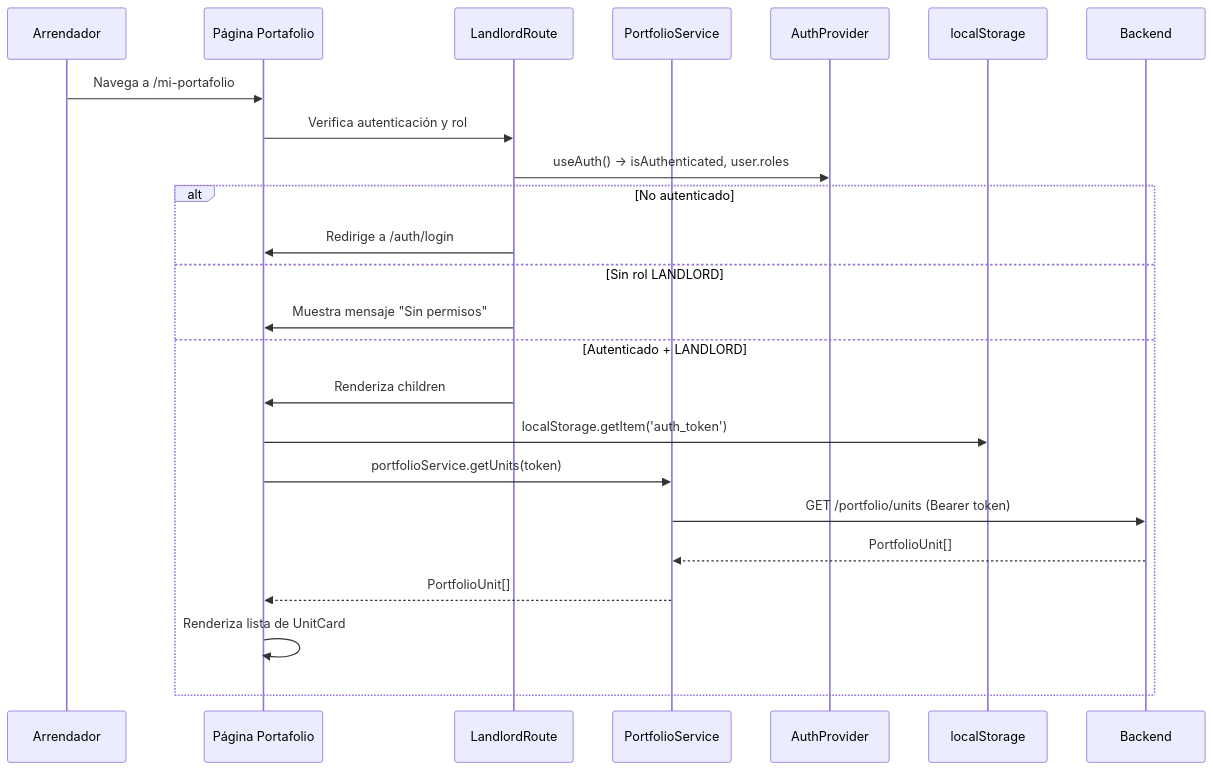
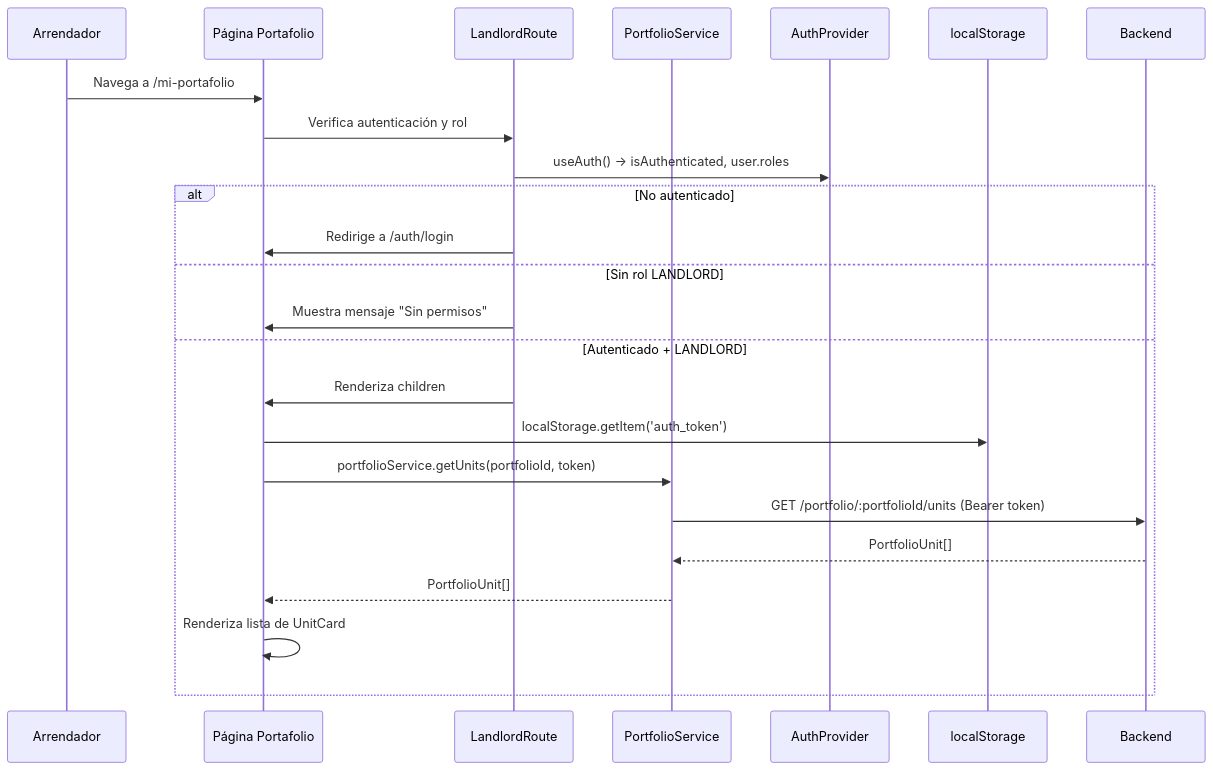
One commit to JAVegaG/PuenteHogar changed the second of 4 diagrams in .kiro/specs/landlord-portfolio-frontend/design.md. Above: the diagram before and after it, drawn with Mermaid. The commit also changed other lines of this file and 7 other files, not shown here.

````diff
--- a/.kiro/specs/landlord-portfolio-frontend/design.md
+++ b/.kiro/specs/landlord-portfolio-frontend/design.md
@@ -109,27 +109,27 @@
 ```mermaid
 sequenceDiagram
     participant U as Arrendador
     participant LP as Página Portafolio
     participant LR as LandlordRoute
     participant PS as PortfolioService
     participant AP as AuthProvider
     participant LS as localStorage
     participant B as Backend
 
     U->>LP: Navega a /mi-portafolio
     LP->>LR: Verifica autenticación y rol
     LR->>AP: useAuth() → isAuthenticated, user.roles
     alt No autenticado
         LR->>LP: Redirige a /auth/login
     else Sin rol LANDLORD
         LR->>LP: Muestra mensaje "Sin permisos"
     else Autenticado + LANDLORD
         LR->>LP: Renderiza children
         LP->>LS: localStorage.getItem('auth_token')
-        LP->>PS: portfolioService.getUnits(token)
-        PS->>B: GET /portfolio/units (Bearer token)
+        LP->>PS: portfolioService.getUnits(portfolioId, token)
+        PS->>B: GET /portfolio/:portfolioId/units (Bearer token)
         B-->>PS: PortfolioUnit[]
         PS-->>LP: PortfolioUnit[]
         LP->>LP: Renderiza lista de UnitCard
     end
 ```
````
